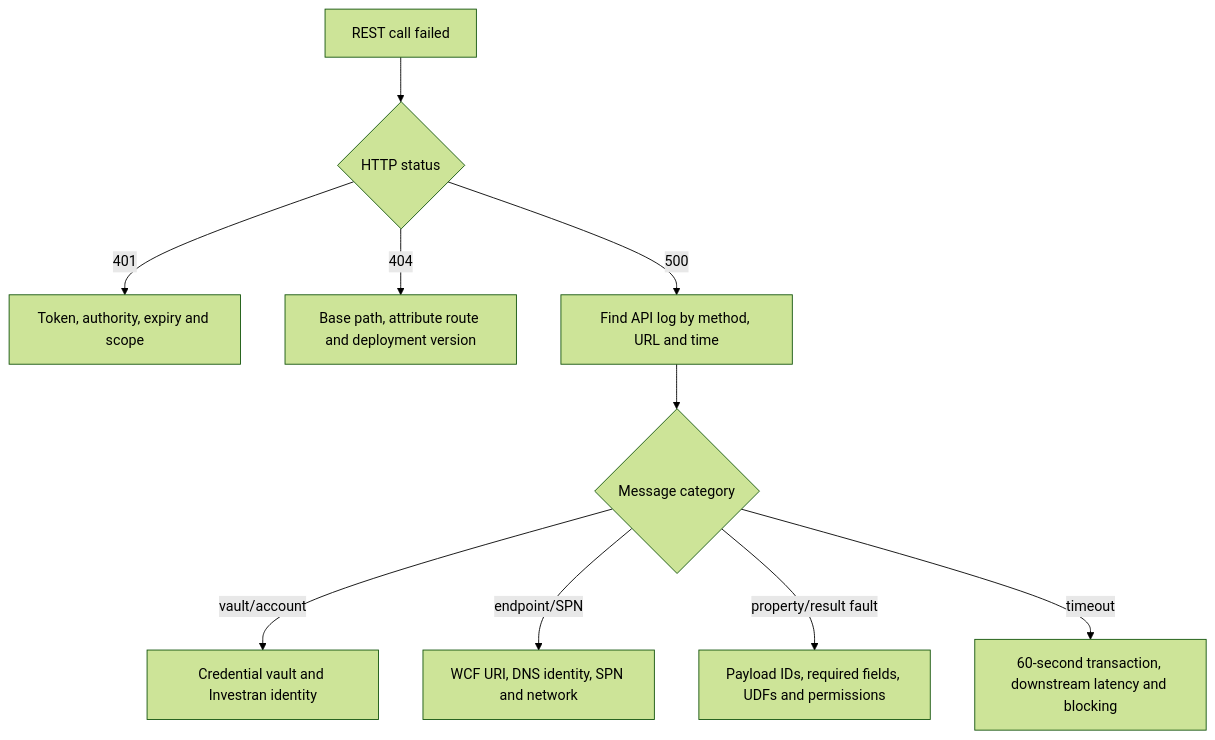
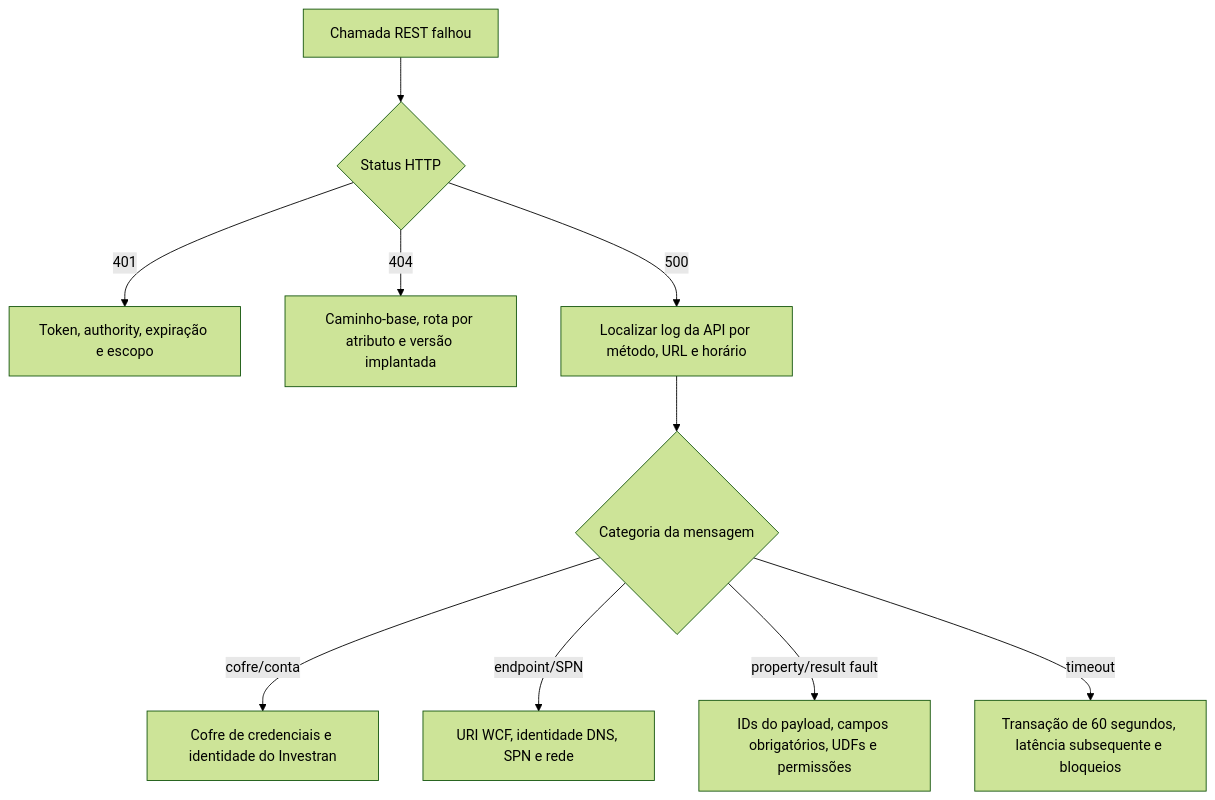
The diagram in docs/api/errors-and-troubleshooting.md (msekimoto/investran), drawn with Mermaid (forest theme) before and after one commit. The commit also changed other lines of this file and 6 other files, not shown here.

````diff
--- a/docs/api/errors-and-troubleshooting.md
+++ b/docs/api/errors-and-troubleshooting.md
@@ -18,12 +18,12 @@
 ```mermaid
 flowchart TD
-    E[REST call failed] --> H{HTTP status}
-    H -->|401| A[Token, authority, expiry and scope]
-    H -->|404| R[Base path, attribute route and deployment version]
-    H -->|500| L[Find API log by method, URL and time]
-    L --> B{Message category}
-    B -->|vault/account| V[Credential vault and Investran identity]
-    B -->|endpoint/SPN| W[WCF URI, DNS identity, SPN and network]
-    B -->|property/result fault| D[Payload IDs, required fields, UDFs and permissions]
-    B -->|timeout| T[60-second transaction, downstream latency and blocking]
+    E[Chamada REST falhou] --> H{Status HTTP}
+    H -->|401| A[Token, authority, expiração e escopo]
+    H -->|404| R[Caminho-base, rota por atributo e versão implantada]
+    H -->|500| L[Localizar log da API por método, URL e horário]
+    L --> B{Categoria da mensagem}
+    B -->|cofre/conta| V[Cofre de credenciais e identidade do Investran]
+    B -->|endpoint/SPN| W[URI WCF, identidade DNS, SPN e rede]
+    B -->|property/result fault| D[IDs do payload, campos obrigatórios, UDFs e permissões]
+    B -->|timeout| T[Transação de 60 segundos, latência subsequente e bloqueios]
 ```
````
